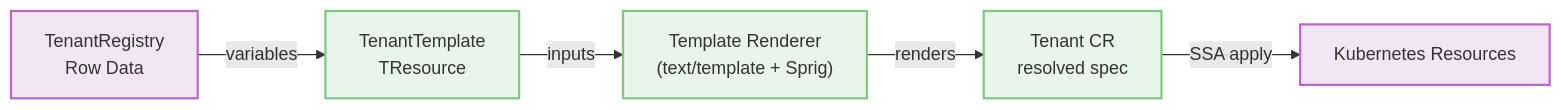
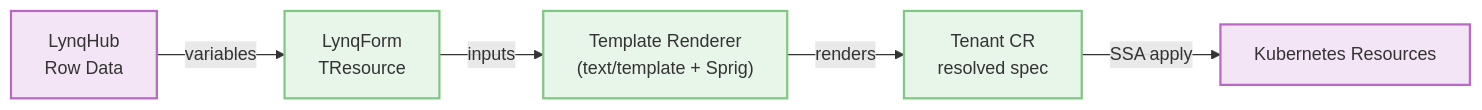
Before and after one commit to kubernetes-tenants/tenant-operator: the diagram in docs/templates.md, drawn with Mermaid. The commit also changed other lines of this file and 193 other files, not shown here.

````diff
--- a/docs/templates.md
+++ b/docs/templates.md
@@ -11,21 +11,21 @@
 ```mermaid
 flowchart LR
-    Registry["TenantRegistry<br/>Row Data"]
-    Template["TenantTemplate<br/>TResource"]
+    Registry["LynqHub<br/>Row Data"]
+    Template["LynqForm<br/>TResource"]
     Renderer["Template Renderer<br/>(text/template + Sprig)"]
     Tenant["Tenant CR<br/>resolved spec"]
     K8s["Kubernetes Resources"]
 
     Registry -- variables --> Template
     Template -- inputs --> Renderer
     Renderer -- renders --> Tenant
     Tenant -- SSA apply --> K8s
 
     classDef component fill:#e8f5e9,stroke:#81c784,stroke-width:2px;
     classDef data fill:#f3e5f5,stroke:#ba68c8,stroke-width:2px;
     class Registry data;
     class Template component;
     class Renderer component;
     class Tenant component;
     class K8s data;
 ```
````
